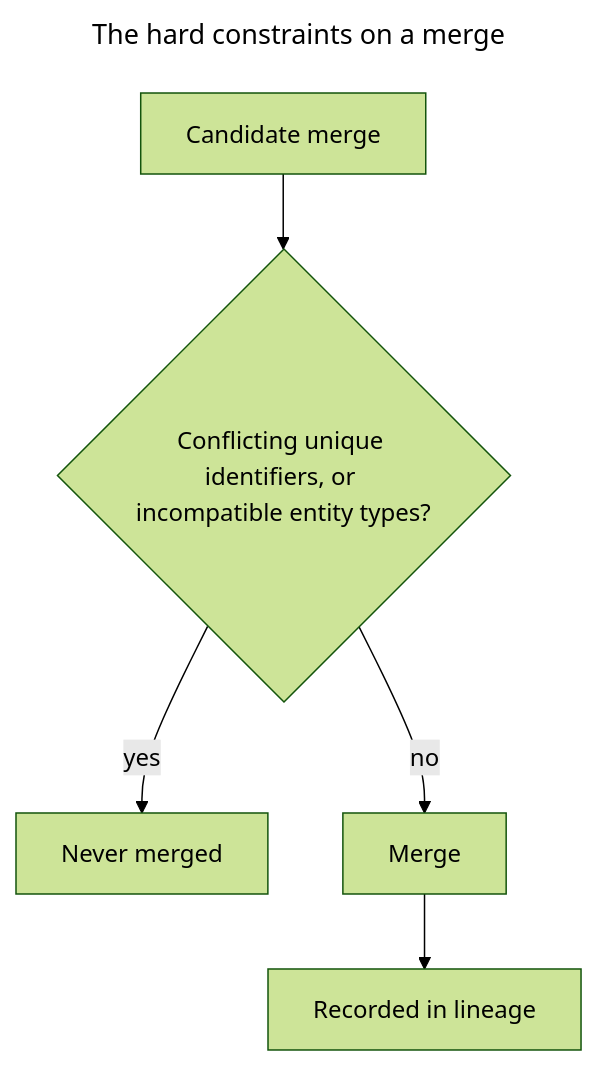
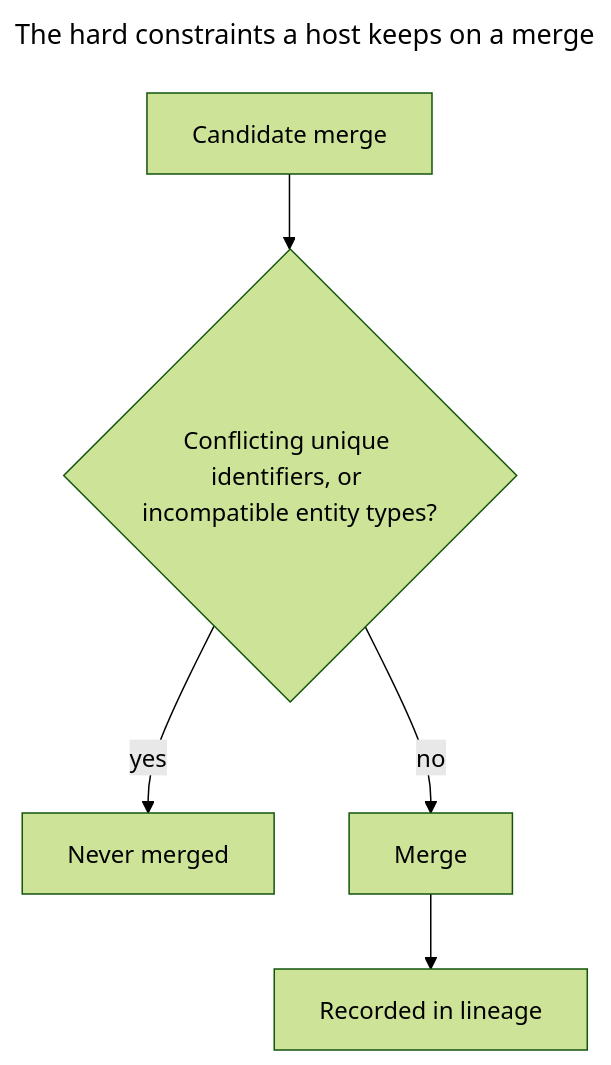
One commit to synaptiai/agent-capability-standard changed the third of 7 diagrams in spec/SECURITY.md. Above: the diagram before and after it, drawn with Mermaid (forest theme). The commit also changed other lines of this file and 4 other files, not shown here.

````diff
--- a/spec/SECURITY.md
+++ b/spec/SECURITY.md
@@ -70,11 +79,11 @@
 ```mermaid
 ---
-title: The hard constraints on a merge
+title: The hard constraints a host keeps on a merge
 ---
 flowchart TB
-  accDescr: A candidate merge is never made when the unique identifiers conflict or the entity types are incompatible; otherwise the merge is made and recorded in lineage.
+  accDescr: A host never makes a candidate merge when the unique identifiers conflict or the entity types are incompatible; otherwise the host makes the merge and records it in lineage.
   c[Candidate merge] --> q{"Conflicting unique identifiers, or incompatible entity types?"}
   q -->|yes| no[Never merged]
   q -->|no| m[Merge]
   m --> lin[Recorded in lineage]
 ```
````
